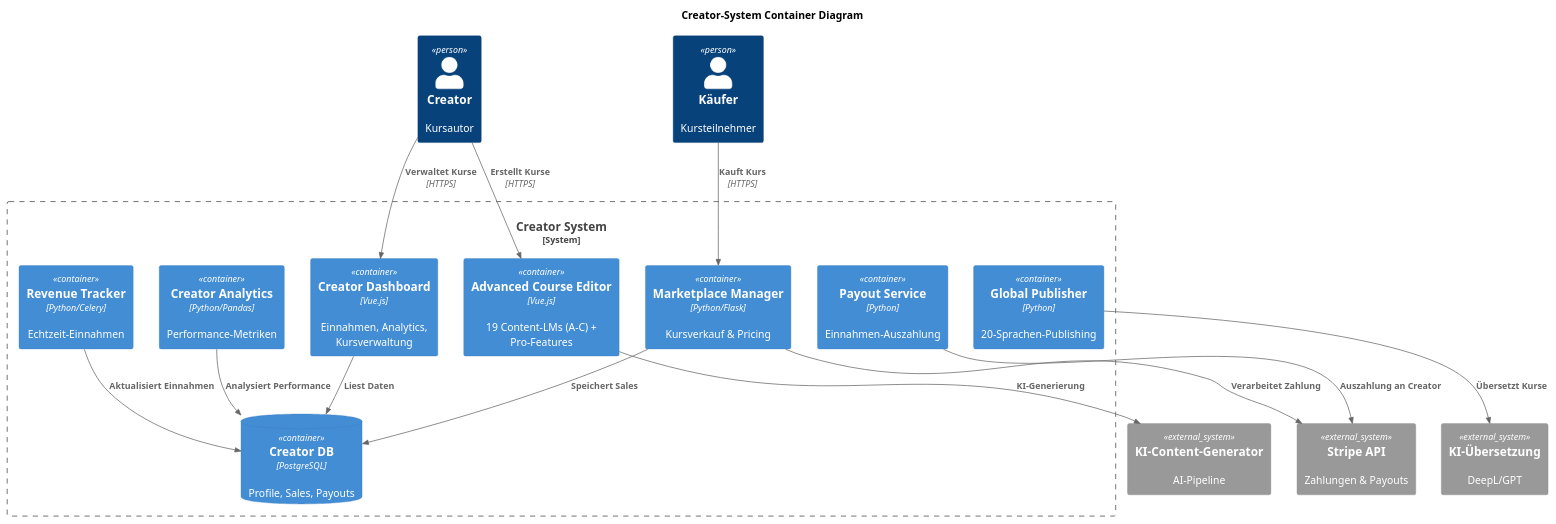
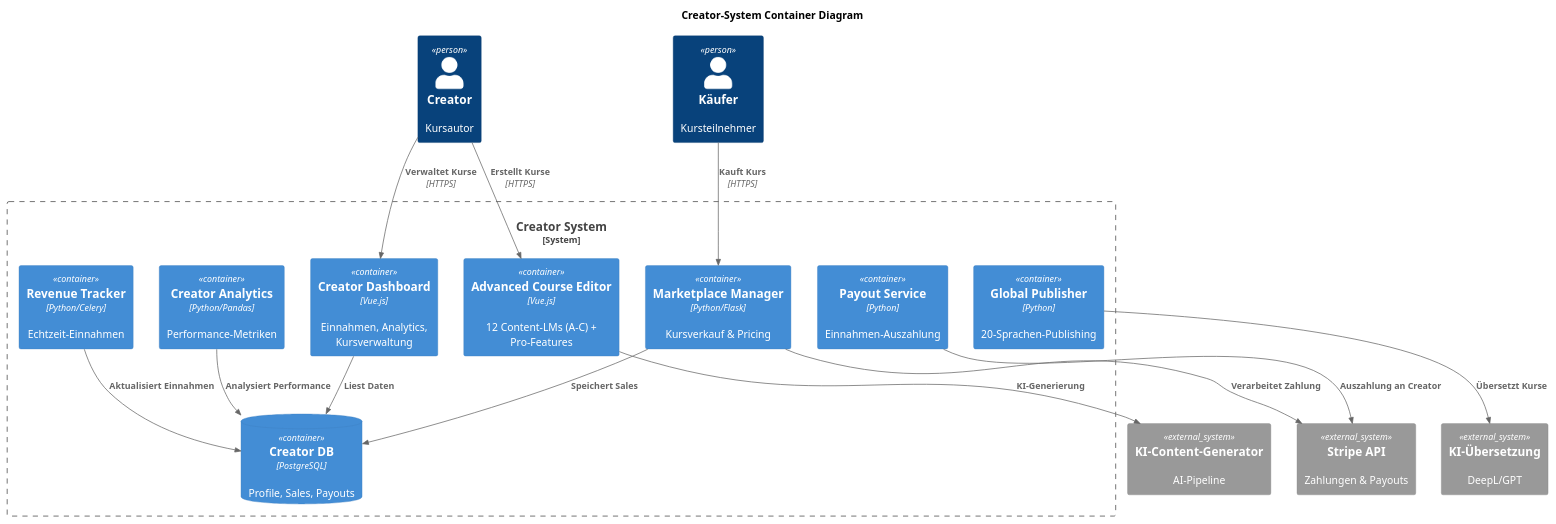
One commit to flokflok1/lernseite changed the third of 16 diagrams in LernsystemX-Doku/02_Business/02_Creator-Modell.md. Above: the diagram before and after it, drawn with PlantUML. The commit also changed other lines of this file and 1490 other files, not shown here.

````diff
--- a/LernsystemX-Doku/02_Business/02_Creator-Modell.md
+++ b/LernsystemX-Doku/02_Business/02_Creator-Modell.md
@@ -97,41 +97,41 @@
 ```plantuml
 @startuml
 !include <C4/C4_Container>
 
 title Creator-System Container Diagram
 
 Person(creator, "Creator", "Kursautor")
 Person(buyer, "Käufer", "Kursteilnehmer")
 
 System_Boundary(creator_system, "Creator System") {
   Container(creator_dashboard, "Creator Dashboard", "Vue.js", "Einnahmen, Analytics, Kursverwaltung")
-  Container(course_editor, "Advanced Course Editor", "Vue.js", "19 Content-LMs (A-C) + Pro-Features")
+  Container(course_editor, "Advanced Course Editor", "Vue.js", "12 Content-LMs (A-C) + Pro-Features")
   Container(marketplace_mgmt, "Marketplace Manager", "Python/Flask", "Kursverkauf & Pricing")
   Container(payout_service, "Payout Service", "Python", "Einnahmen-Auszahlung")
   Container(global_publisher, "Global Publisher", "Python", "20-Sprachen-Publishing")
   Container(creator_analytics, "Creator Analytics", "Python/Pandas", "Performance-Metriken")
 
   ContainerDb(creator_db, "Creator DB", "PostgreSQL", "Profile, Sales, Payouts")
   Container(revenue_tracker, "Revenue Tracker", "Python/Celery", "Echtzeit-Einnahmen")
 }
 
 System_Ext(stripe, "Stripe API", "Zahlungen & Payouts")
 System_Ext(ai_translation, "KI-Übersetzung", "DeepL/GPT")
 System_Ext(ai_content, "KI-Content-Generator", "AI-Pipeline")
 
 Rel(creator, creator_dashboard, "Verwaltet Kurse", "HTTPS")
 Rel(creator, course_editor, "Erstellt Kurse", "HTTPS")
 Rel(buyer, marketplace_mgmt, "Kauft Kurs", "HTTPS")
 
 Rel(course_editor, ai_content, "KI-Generierung")
 Rel(marketplace_mgmt, stripe, "Verarbeitet Zahlung")
 Rel(payout_service, stripe, "Auszahlung an Creator")
 Rel(global_publisher, ai_translation, "Übersetzt Kurse")
 
 Rel(creator_dashboard, creator_db, "Liest Daten")
 Rel(marketplace_mgmt, creator_db, "Speichert Sales")
 Rel(revenue_tracker, creator_db, "Aktualisiert Einnahmen")
 Rel(creator_analytics, creator_db, "Analysiert Performance")
 
 @enduml
 ```
````
